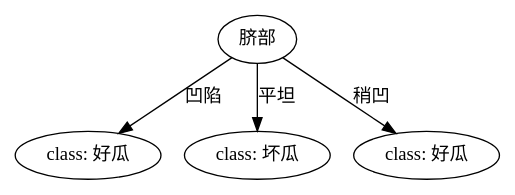
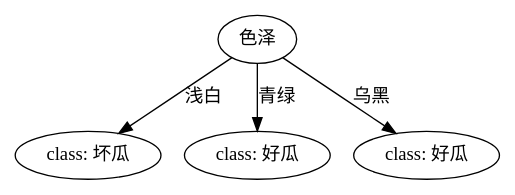
One commit to 11D-Beyonder/Machine-Learning-Coursework changed the diagram in decision_tree/submit/image/limit_MaxNode-Gain-watermelon2.0.gv. Above: the diagram before and after it, drawn with Graphviz. The commit also changed 111 other files, not shown here.

```diff
--- a/decision_tree/submit/image/limit_MaxNode-Gain-watermelon2.0.gv
+++ b/decision_tree/submit/image/limit_MaxNode-Gain-watermelon2.0.gv
@@ -1,9 +1,9 @@
 digraph {
-	1 [label="脐部" fontname="Microsoft YaHei"]
-	1 -> 2 [label="凹陷" fontname="Microsoft YaHei"]
-	2 [label="class: 好瓜" fontname="Microsoft YaHei"]
-	1 -> 3 [label="平坦" fontname="Microsoft YaHei"]
-	3 [label="class: 坏瓜" fontname="Microsoft YaHei"]
-	1 -> 4 [label="稍凹" fontname="Microsoft YaHei"]
+	1 [label="色泽" fontname="Microsoft YaHei"]
+	1 -> 2 [label="浅白" fontname="Microsoft YaHei"]
+	2 [label="class: 坏瓜" fontname="Microsoft YaHei"]
+	1 -> 3 [label="青绿" fontname="Microsoft YaHei"]
+	3 [label="class: 好瓜" fontname="Microsoft YaHei"]
+	1 -> 4 [label="乌黑" fontname="Microsoft YaHei"]
 	4 [label="class: 好瓜" fontname="Microsoft YaHei"]
 }
```
